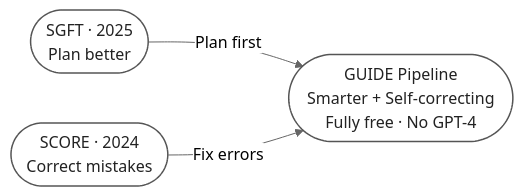
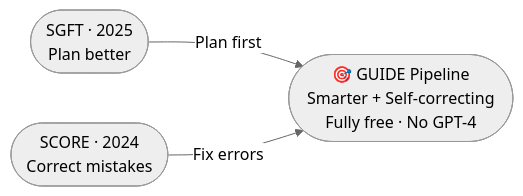
One commit to sadi2003q/Small-Language-Model changed the fourth of 5 diagrams in week02_Adnan/Guide.md. Above: the diagram before and after it, drawn with Mermaid (neutral theme). The commit also changed other lines of this file, not shown here.

````diff
--- a/week02_Adnan/Guide.md
+++ b/week02_Adnan/Guide.md
@@ -114,11 +83,6 @@
 ```mermaid
 flowchart LR
-    A([SGFT · 2025\nPlan better]):::clean
-    B([GUIDE Pipeline\nSmarter + Self-correcting\nFully free · No GPT-4]):::clean
-    C([SCORE · 2024\nCorrect mistakes]):::clean
-
-    A -->|Plan first| B
-    C -->|Fix errors| B
-
-    classDef clean fill:none,stroke:#555,stroke-width:1.5px,color:#222
+    A(["SGFT · 2025\nPlan better"]) -->|Plan first| B
+    C(["SCORE · 2024\nCorrect mistakes"]) -->|Fix errors| B
+    B(["🎯 GUIDE Pipeline\nSmarter + Self-correcting\nFully free · No GPT-4"])
 ```
````
